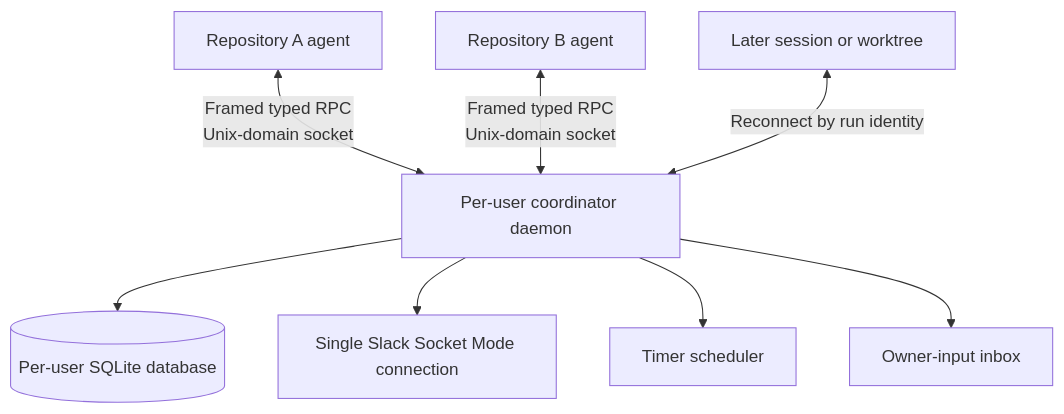
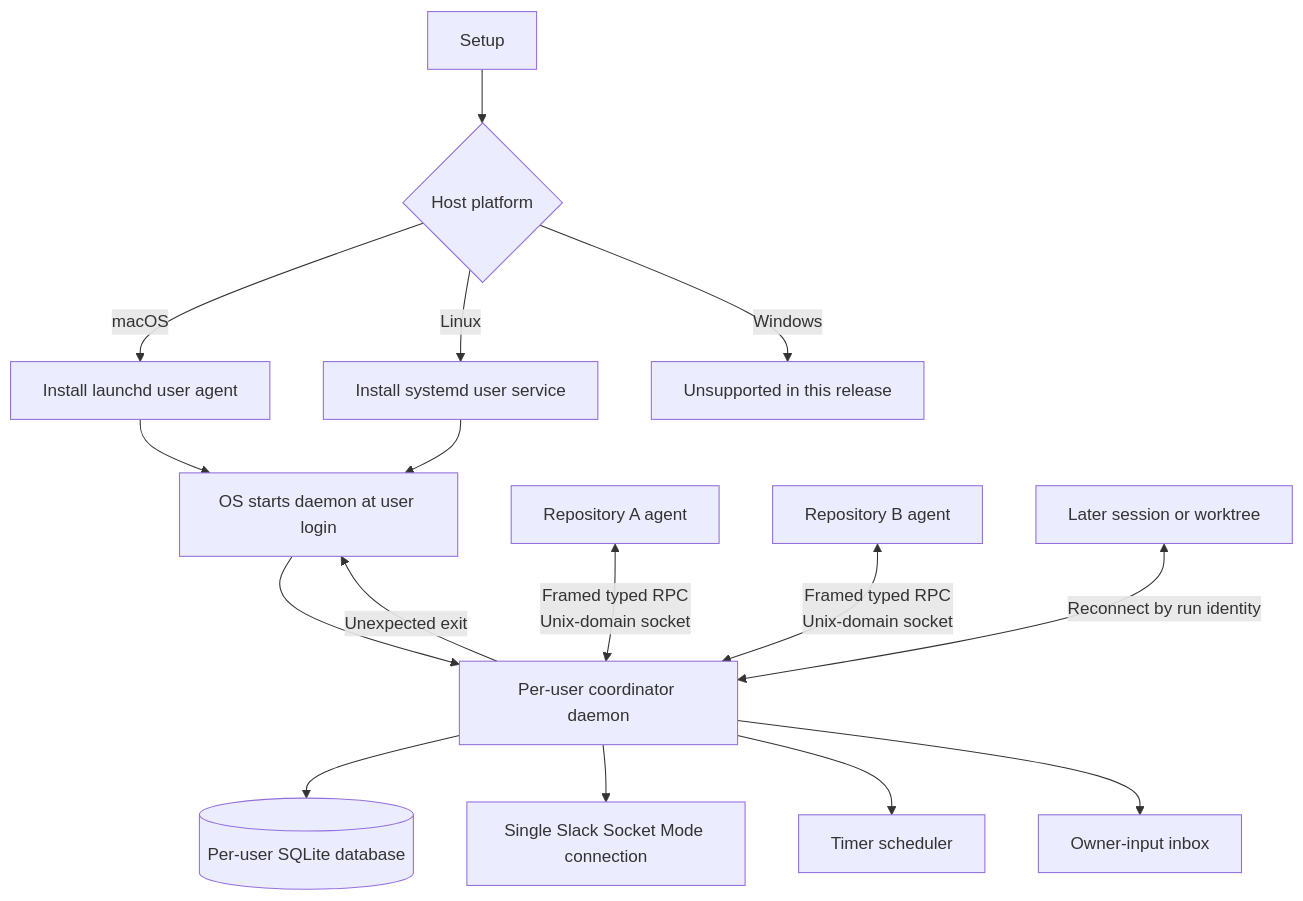
The fourth of 5 diagrams in .agents/tasks/i-want-new-skill/03-tdd-slack-agent-communication.md (MarkTripoli/skills), drawn with Mermaid before and after one commit. The commit also changed other lines of this file and 1 other file, not shown here.

````diff
--- a/.agents/tasks/i-want-new-skill/03-tdd-slack-agent-communication.md
+++ b/.agents/tasks/i-want-new-skill/03-tdd-slack-agent-communication.md
@@ -110,12 +110,19 @@
 ```mermaid
 flowchart TD
-    D[Per-user coordinator daemon]
-    D --> S[(Per-user SQLite database)]
+    S[Setup] --> P{Host platform}
+    P -->|macOS| L[Install launchd user agent]
+    P -->|Linux| U[Install systemd user service]
+    P -->|Windows| X[Unsupported in this release]
+    L --> O[OS starts daemon at user login]
+    U --> O
+    O --> D[Per-user coordinator daemon]
+    D -->|Unexpected exit| O
+    D --> DB[(Per-user SQLite database)]
     D --> SA[Single Slack Socket Mode connection]
     D --> T[Timer scheduler]
     D --> I[Owner-input inbox]
 
     R1[Repository A agent] <-->|Framed typed RPC<br/>Unix-domain socket| D
     R2[Repository B agent] <-->|Framed typed RPC<br/>Unix-domain socket| D
     W[Later session or worktree] <-->|Reconnect by run identity| D
 ```
````
